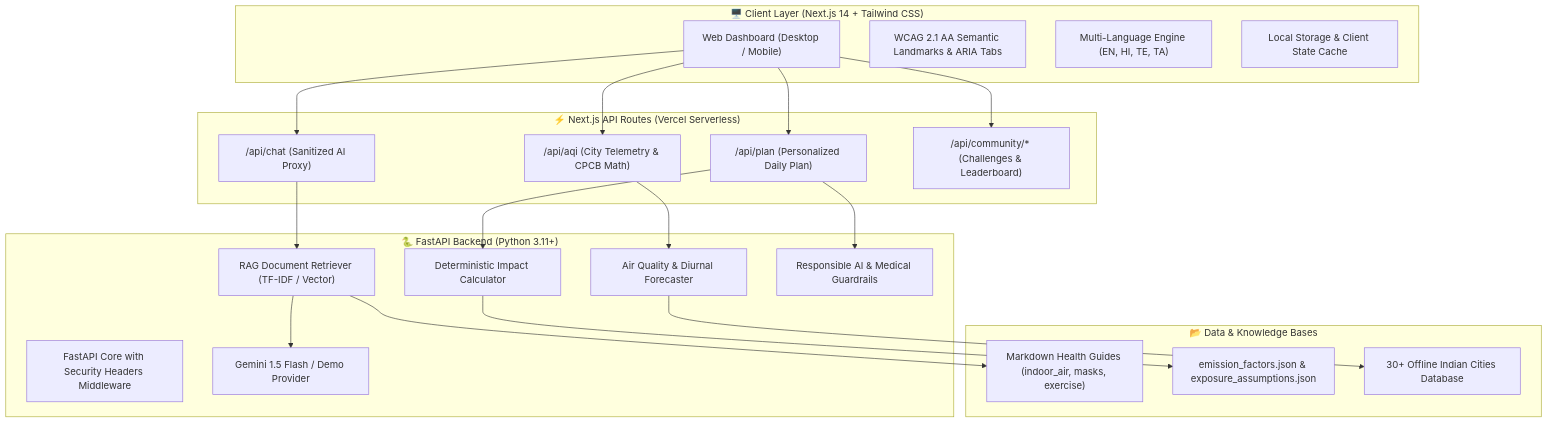
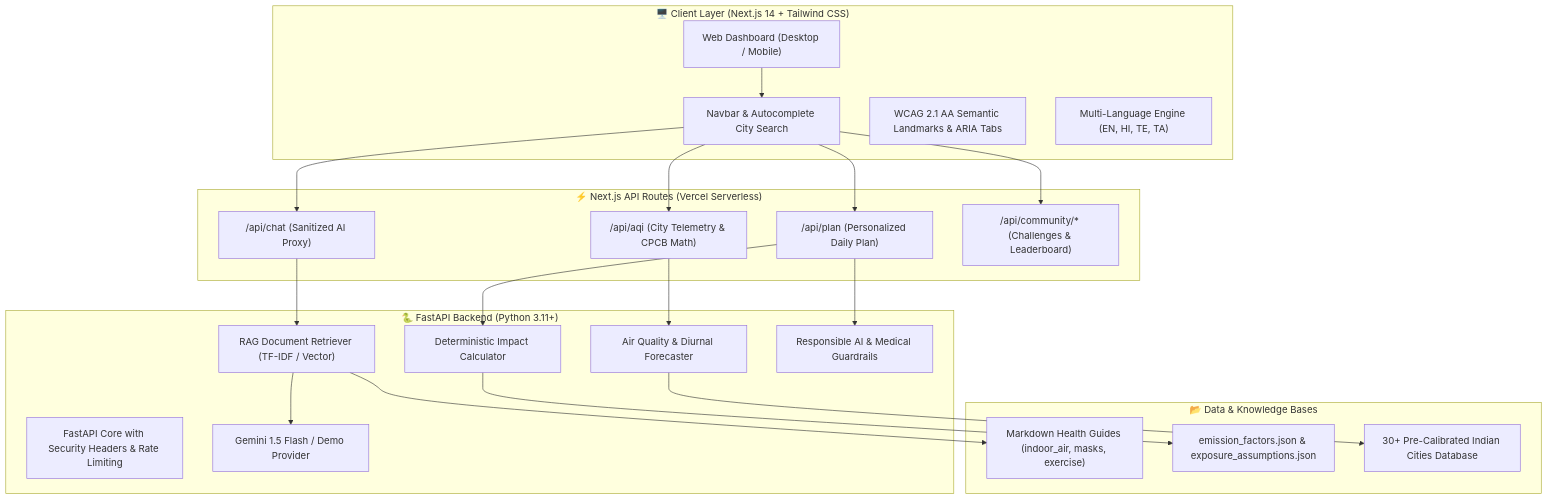
The diagram in README.md (kushal3698/BreatheWise-Air-Quality-Assistance), drawn with Mermaid before and after one commit. The commit also changed other lines of this file and 22 other files, not shown here.

````diff
--- a/README.md
+++ b/README.md
@@ -96,39 +107,39 @@
 ```mermaid
 flowchart TD
     subgraph Client["🖥️ Client Layer (Next.js 14 + Tailwind CSS)"]
         UI["Web Dashboard (Desktop / Mobile)"]
+        NAV["Navbar & Autocomplete City Search"]
         A11Y["WCAG 2.1 AA Semantic Landmarks & ARIA Tabs"]
         I18N["Multi-Language Engine (EN, HI, TE, TA)"]
-        STORE["Local Storage & Client State Cache"]
     end
 
     subgraph Serverless["⚡ Next.js API Routes (Vercel Serverless)"]
         ROUTE_AQI["/api/aqi (City Telemetry & CPCB Math)"]
         ROUTE_PLAN["/api/plan (Personalized Daily Plan)"]
         ROUTE_CHAT["/api/chat (Sanitized AI Proxy)"]
         ROUTE_COMM["/api/community/* (Challenges & Leaderboard)"]
     end
 
     subgraph Backend["🐍 FastAPI Backend (Python 3.11+)"]
-        API_GW["FastAPI Core with Security Headers Middleware"]
+        API_GW["FastAPI Core with Security Headers & Rate Limiting"]
         AQ_SVC["Air Quality & Diurnal Forecaster"]
         RAG_SVC["RAG Document Retriever (TF-IDF / Vector)"]
         IMPACT_SVC["Deterministic Impact Calculator"]
         SAFETY_SVC["Responsible AI & Medical Guardrails"]
         LLM_SVC["Gemini 1.5 Flash / Demo Provider"]
     end
 
     subgraph Data["📂 Data & Knowledge Bases"]
         KB["Markdown Health Guides (indoor_air, masks, exercise)"]
         EMISSIONS["emission_factors.json & exposure_assumptions.json"]
-        GEO["30+ Offline Indian Cities Database"]
+        GEO["30+ Pre-Calibrated Indian Cities Database"]
     end
 
-    UI --> ROUTE_AQI & ROUTE_PLAN & ROUTE_CHAT & ROUTE_COMM
+    UI --> NAV --> ROUTE_AQI & ROUTE_PLAN & ROUTE_CHAT & ROUTE_COMM
     ROUTE_AQI --> AQ_SVC
     ROUTE_PLAN --> IMPACT_SVC & SAFETY_SVC
     ROUTE_CHAT --> RAG_SVC --> LLM_SVC
     AQ_SVC --> GEO
     IMPACT_SVC --> EMISSIONS
     RAG_SVC --> KB
 ```
````
